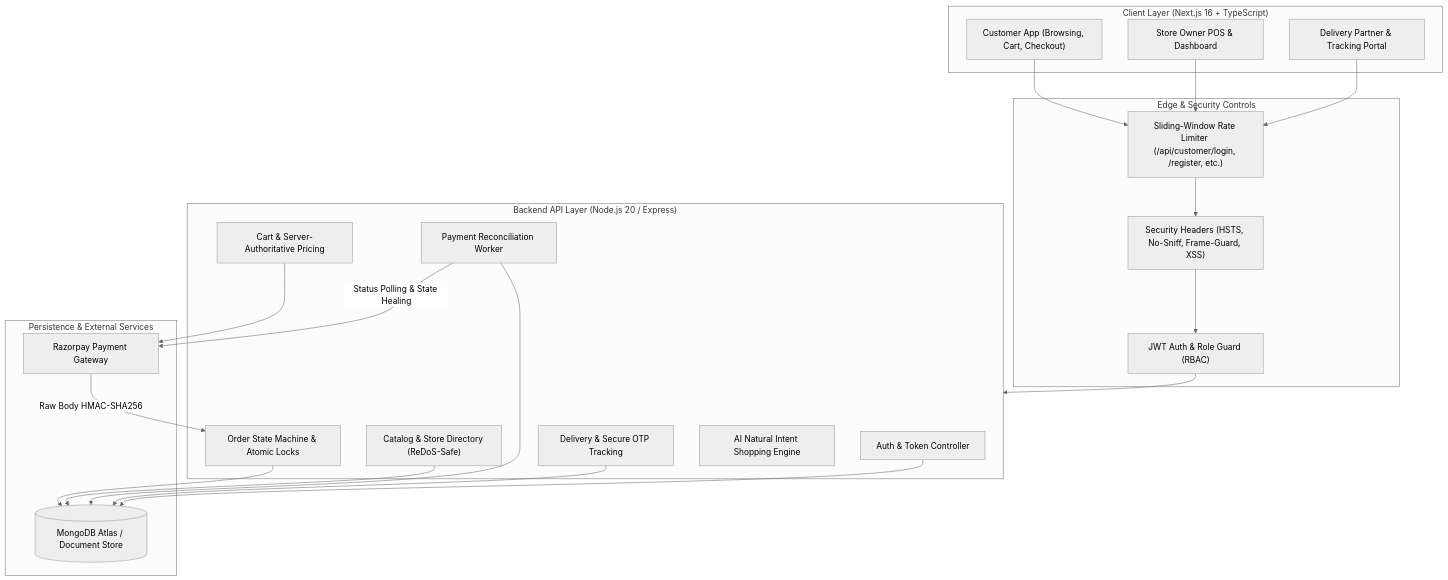
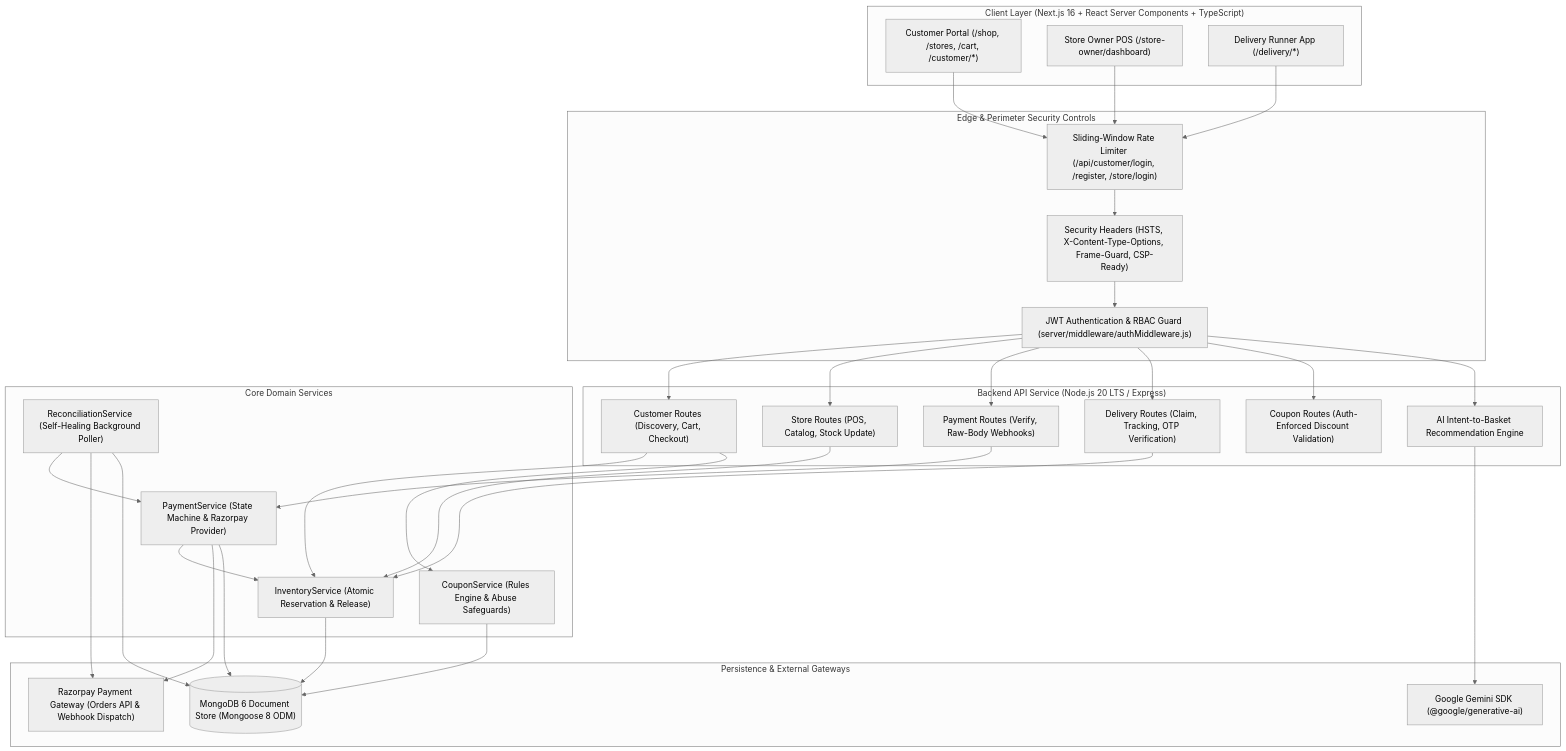
The first of 4 diagrams in README.md (Jyatin/KiranaWala), drawn with Mermaid (neutral theme) before and after one commit. The commit also changed other lines of this file and 1 other file, not shown here.

````diff
--- a/README.md
+++ b/README.md
@@ -50,46 +116,65 @@
 ```mermaid
 graph TD
-    subgraph Client ["Client Layer (Next.js 16 + TypeScript)"]
-        CustomerUI["Customer App (Browsing, Cart, Checkout)"]
-        MerchantUI["Store Owner POS & Dashboard"]
-        DeliveryUI["Delivery Partner & Tracking Portal"]
+    subgraph Client ["Client Layer (Next.js 16 + React Server Components + TypeScript)"]
+        CustomerApp["Customer Portal (/shop, /stores, /cart, /customer/*)"]
+        MerchantApp["Store Owner POS (/store-owner/dashboard)"]
+        DeliveryApp["Delivery Runner App (/delivery/*)"]
     end
 
-    subgraph Edge ["Edge & Security Controls"]
-        RateLimiter["Sliding-Window Rate Limiter (/api/customer/login, /register, etc.)"]
-        SecurityHeaders["Security Headers (HSTS, No-Sniff, Frame-Guard, XSS)"]
-        AuthZ["JWT Auth & Role Guard (RBAC)"]
+    subgraph Edge ["Edge & Perimeter Security Controls"]
+        RateLimiter["Sliding-Window Rate Limiter (/api/customer/login, /register, /store/login)"]
+        SecurityHeaders["Security Headers (HSTS, X-Content-Type-Options, Frame-Guard, CSP-Ready)"]
+        JWTAuth["JWT Authentication & RBAC Guard (server/middleware/authMiddleware.js)"]
     end
 
-    subgraph Backend ["Backend API Layer (Node.js 20 / Express)"]
-        AuthSvc["Auth & Token Controller"]
-        CatalogSvc["Catalog & Store Directory (ReDoS-Safe)"]
-        CartSvc["Cart & Server-Authoritative Pricing"]
-        OrderSvc["Order State Machine & Atomic Locks"]
-        DeliverySvc["Delivery & Secure OTP Tracking"]
-        AISvc["AI Natural Intent Shopping Engine"]
-        ReconSvc["Payment Reconciliation Worker"]
+    subgraph Backend ["Backend API Service (Node.js 20 LTS / Express)"]
+        CustomerRoutes["Customer Routes (Discovery, Cart, Checkout)"]
+        StoreRoutes["Store Routes (POS, Catalog, Stock Update)"]
+        PaymentRoutes["Payment Routes (Verify, Raw-Body Webhooks)"]
+        DeliveryRoutes["Delivery Routes (Claim, Tracking, OTP Verification)"]
+        CouponRoutes["Coupon Routes (Auth-Enforced Discount Validation)"]
+        AIRoutes["AI Intent-to-Basket Recommendation Engine"]
     end
 
-    subgraph Storage ["Persistence & External Services"]
-        Mongo[(MongoDB Atlas / Document Store)]
-        Razorpay["Razorpay Payment Gateway"]
+    subgraph Services ["Core Domain Services"]
+        InventorySvc["InventoryService (Atomic Reservation & Release)"]
+        PaymentSvc["PaymentService (State Machine & Razorpay Provider)"]
+        ReconSvc["ReconciliationService (Self-Healing Background Poller)"]
+        CouponSvc["CouponService (Rules Engine & Abuse Safeguards)"]
     end
 
-    CustomerUI --> RateLimiter
-    MerchantUI --> RateLimiter
-    DeliveryUI --> RateLimiter
+    subgraph Persistence ["Persistence & External Gateways"]
+        MongoDB[("MongoDB 6 Document Store (Mongoose 8 ODM)")]
+        RazorpayGateway["Razorpay Payment Gateway (Orders API & Webhook Dispatch)"]
+        GeminiAPI["Google Gemini SDK (@google/generative-ai)"]
+    end
 
-    RateLimiter --> SecurityHeaders --> AuthZ
-    AuthZ --> Backend
+    CustomerApp --> RateLimiter
+    MerchantApp --> RateLimiter
+    DeliveryApp --> RateLimiter
 
-    OrderSvc --> Mongo
-    CatalogSvc --> Mongo
-    AuthSvc --> Mongo
-    DeliverySvc --> Mongo
-    ReconSvc --> Mongo
+    RateLimiter --> SecurityHeaders --> JWTAuth
+    JWTAuth --> CustomerRoutes
+    JWTAuth --> StoreRoutes
+    JWTAuth --> PaymentRoutes
+    JWTAuth --> DeliveryRoutes
+    JWTAuth --> CouponRoutes
+    JWTAuth --> AIRoutes
 
-    CartSvc --> Razorpay
-    Razorpay -- "Raw Body HMAC-SHA256" --> OrderSvc
-    ReconSvc -- "Status Polling & State Healing" --> Razorpay
+    CustomerRoutes --> InventorySvc
+    CustomerRoutes --> CouponSvc
+    StoreRoutes --> InventorySvc
+    PaymentRoutes --> PaymentSvc
+    DeliveryRoutes --> InventorySvc
+    AIRoutes --> GeminiAPI
+
+    PaymentSvc --> InventorySvc
+    ReconSvc --> PaymentSvc
+    ReconSvc --> RazorpayGateway
+    PaymentSvc --> RazorpayGateway
+
+    InventorySvc --> MongoDB
+    PaymentSvc --> MongoDB
+    CouponSvc --> MongoDB
+    ReconSvc --> MongoDB
 ```
````
